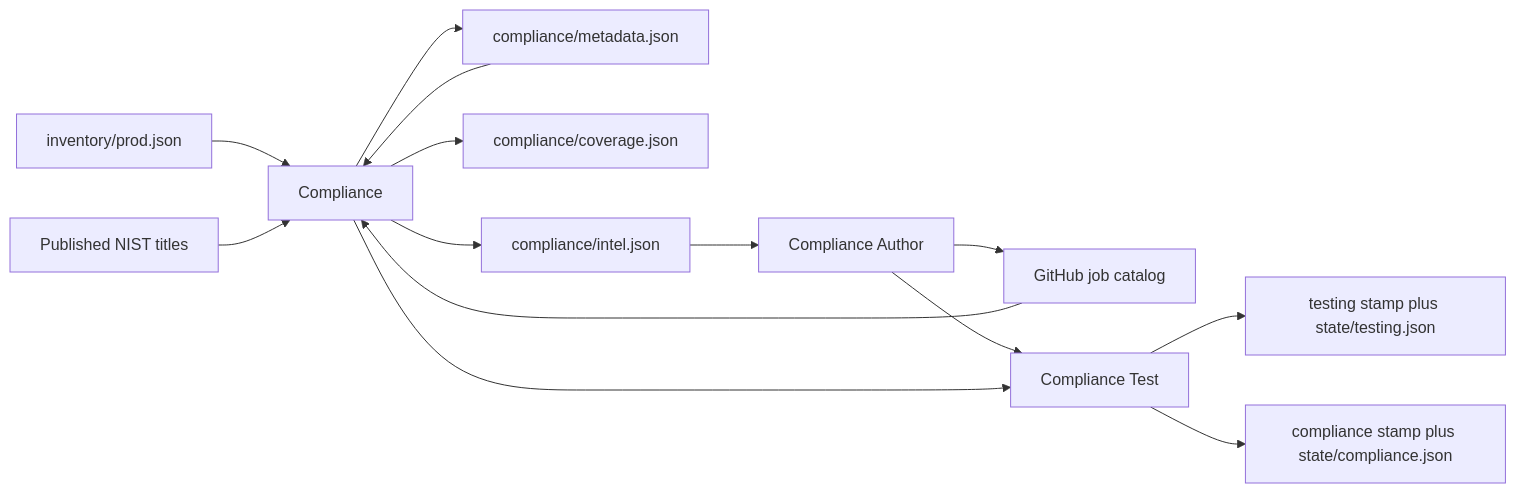
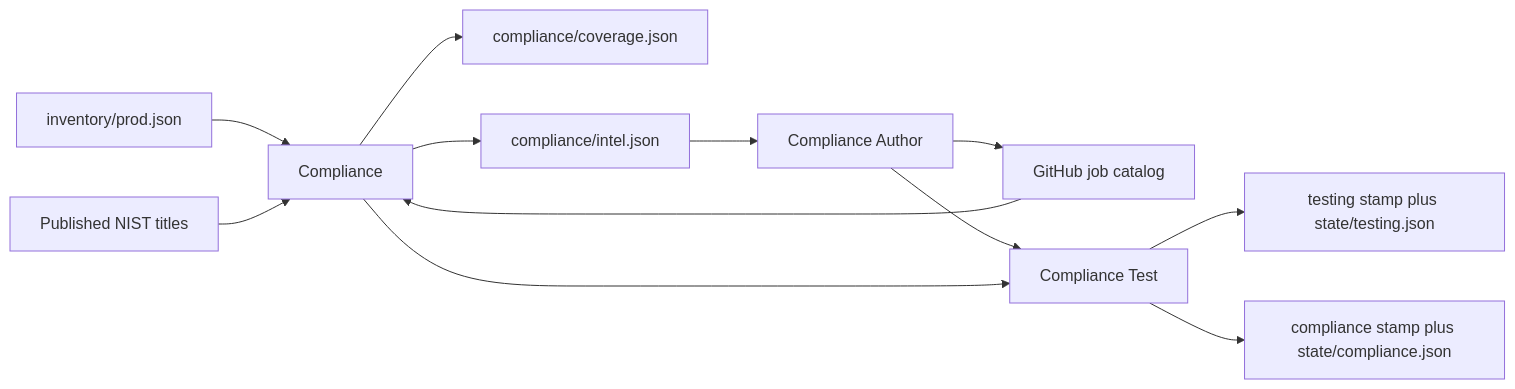
Before and after one commit to Presidio-Federal/ai-studio-netops: the diagram in documentation/compliance-agents.md, drawn with Mermaid. The commit also changed other lines of this file and 33 other files, not shown here.

````diff
--- a/documentation/compliance-agents.md
+++ b/documentation/compliance-agents.md
@@ -14,27 +12,24 @@
 ```mermaid
 flowchart LR
   Estate[inventory/prod.json]
   Git[GitHub job catalog]
   NIST[Published NIST titles]
-  Meta[compliance/metadata.json]
   CI[Compliance]
   Cover[compliance/coverage.json]
   Intel[compliance/intel.json]
   CA[Compliance Author]
   CT[Compliance Test]
   Testing[testing stamp plus state/testing.json]
   CompRun[compliance stamp plus state/compliance.json]
   Estate --> CI
   Git --> CI
   NIST --> CI
-  Meta --> CI
   CI --> Cover
   CI --> Intel
-  CI --> Meta
   Intel --> CA
   CA --> Git
   CA --> CT
   CI --> CT
   CT --> Testing
   CT --> CompRun
 ```
````
